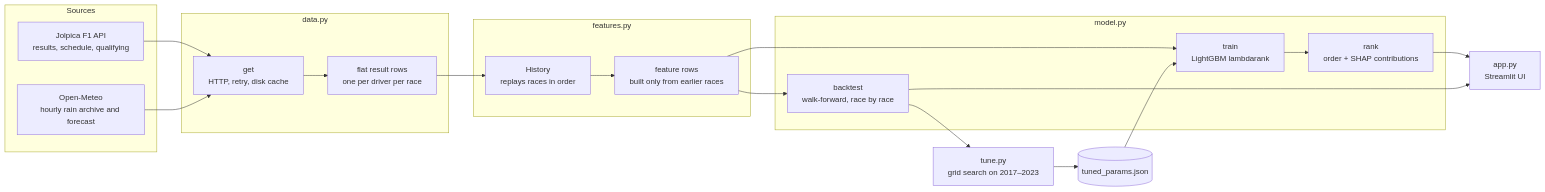
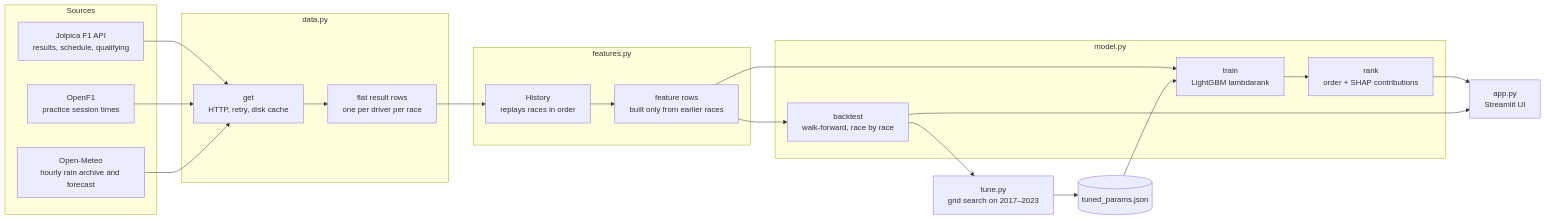
Before and after one commit to DorukMaltepe/my-formula-1: the diagram in README.md, drawn with Mermaid. The commit also changed other lines of this file and 9 other files, not shown here.

````diff
--- a/README.md
+++ b/README.md
@@ -42,27 +76,29 @@
 ```mermaid
 flowchart LR
     subgraph Sources
         J[Jolpica F1 API<br/>results, schedule, qualifying]
+        O[OpenF1<br/>practice session times]
         W[Open-Meteo<br/>hourly rain archive and forecast]
     end
     subgraph data.py
         G[get<br/>HTTP, retry, disk cache] --> R[flat result rows<br/>one per driver per race]
     end
     subgraph features.py
         H[History<br/>replays races in order] --> F[feature rows<br/>built only from earlier races]
     end
     subgraph model.py
         T[train<br/>LightGBM lambdarank] --> P[rank<br/>order + SHAP contributions]
         B[backtest<br/>walk-forward, race by race]
     end
     J --> G
+    O --> G
     W --> G
     R --> H
     F --> T
     F --> B
     B --> TU[tune.py<br/>grid search on 2017–2023]
     TU --> J2[(tuned_params.json)]
     J2 --> T
     P --> A[app.py<br/>Streamlit UI]
     B --> A
 ```
````
